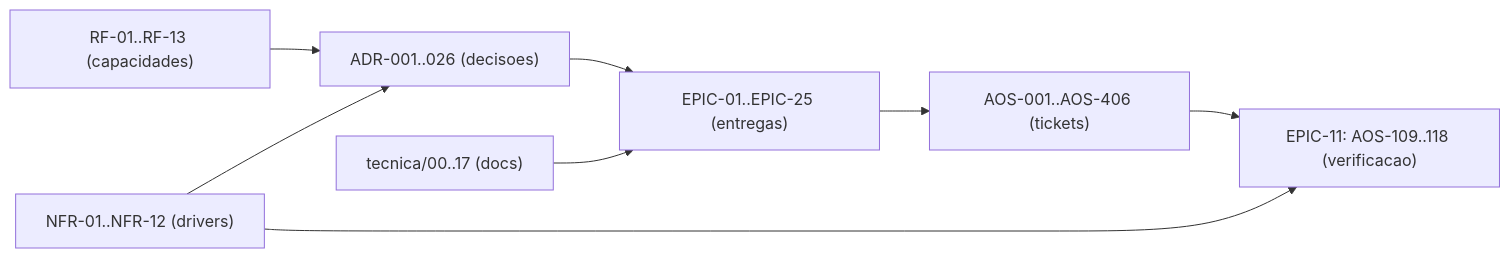
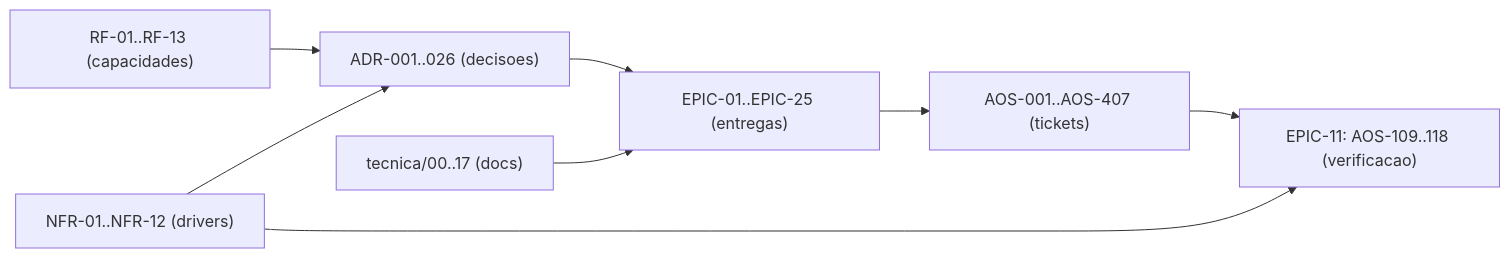
The diagram in tecnica/16_Rastreabilidade_RTM.md (albinoJimy/aos), drawn with Mermaid before and after one commit. The commit also changed other lines of this file and 45 other files, not shown here.

````diff
--- a/tecnica/16_Rastreabilidade_RTM.md
+++ b/tecnica/16_Rastreabilidade_RTM.md
@@ -184,10 +184,10 @@
 ```mermaid
 flowchart LR
     RF["RF-01..RF-13 (capacidades)"] --> ADR["ADR-001..026 (decisoes)"]
     NFR["NFR-01..NFR-12 (drivers)"] --> ADR
     ADR --> EPIC["EPIC-01..EPIC-25 (entregas)"]
-    EPIC --> TICK["AOS-001..AOS-406 (tickets)"]
+    EPIC --> TICK["AOS-001..AOS-407 (tickets)"]
     DOC["tecnica/00..17 (docs)"] --> EPIC
     TICK --> TEST["EPIC-11: AOS-109..118 (verificacao)"]
     NFR --> TEST
 ```
````
